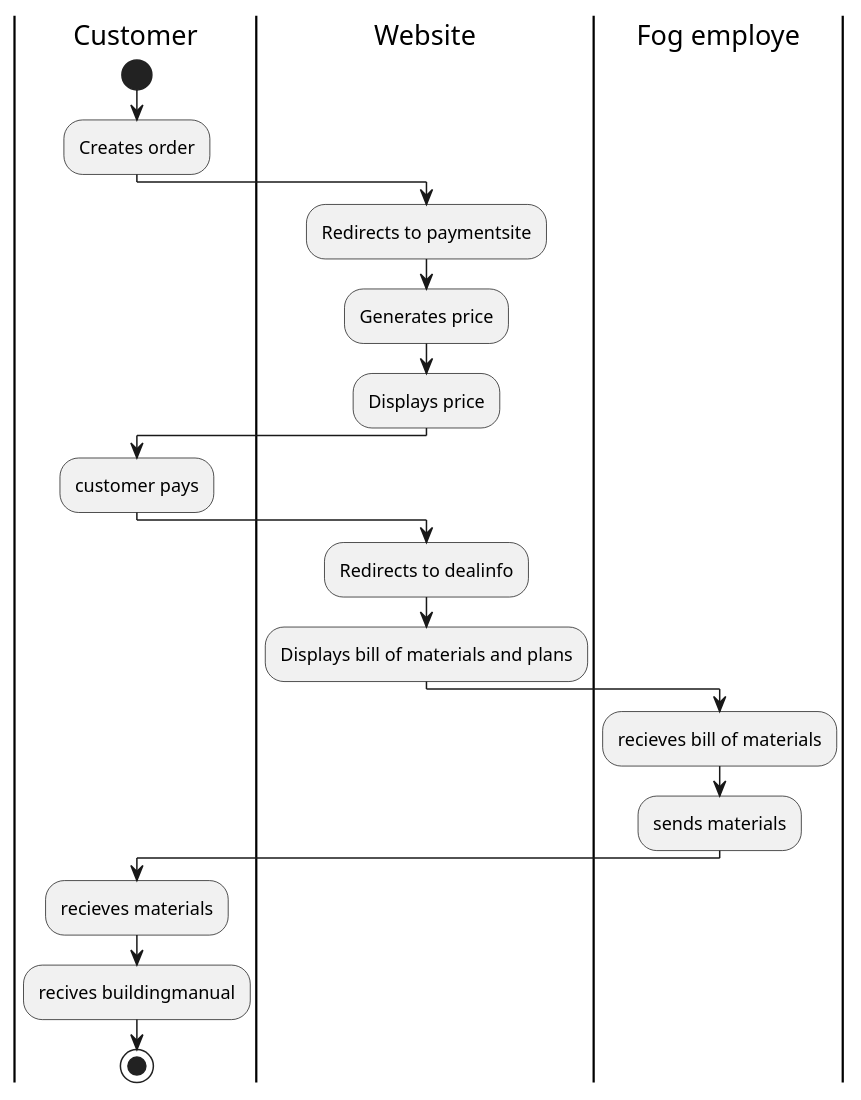
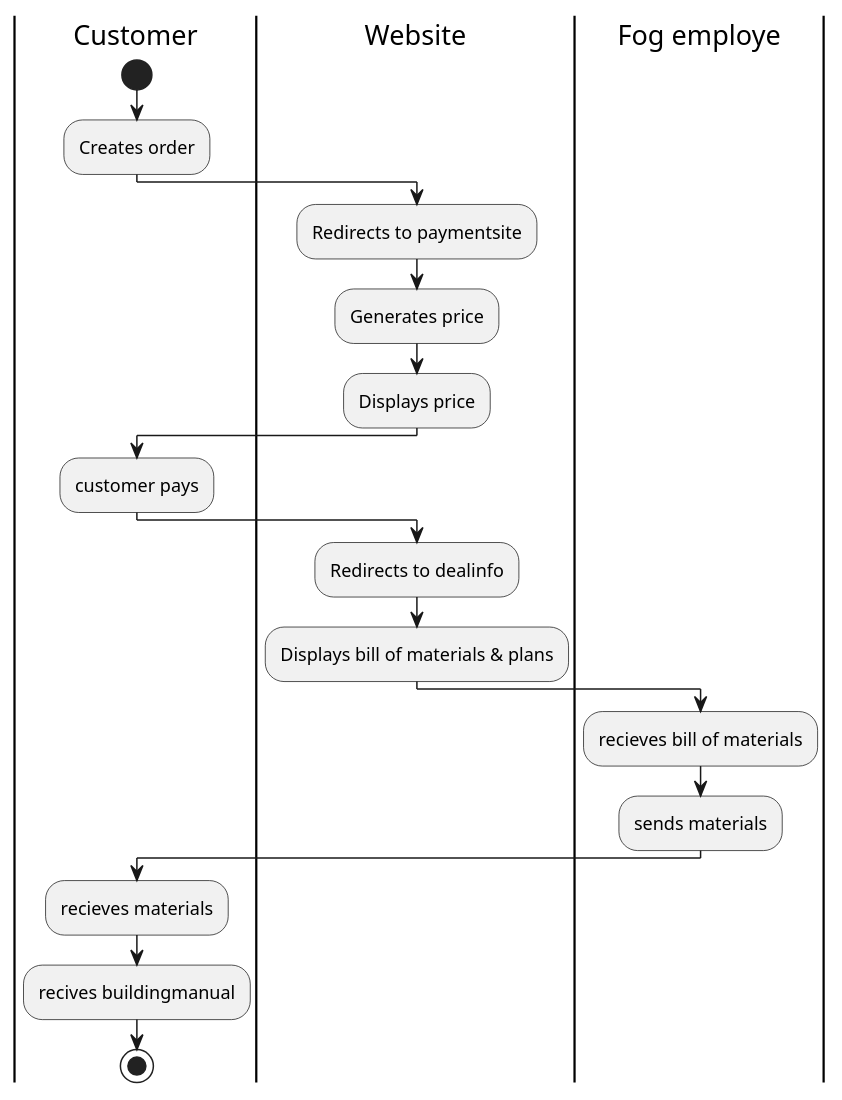
The diagram in src/main/resources/ActivityDiagramToBe.puml (EmmsDK/Fog-projekt), drawn with PlantUML before and after one commit. The commit also changed 2 other files, not shown here.

Commit message:
activitydiagram

```diff
--- a/src/main/resources/ActivityDiagramToBe.puml
+++ b/src/main/resources/ActivityDiagramToBe.puml
@@ -1,23 +1,23 @@
 @startuml
 |Customer|
 start
 :Creates order;
 |Website|
 :Redirects to paymentsite;
 :Generates price;
 :Displays price;
 |Customer|
 :customer pays;
 |Website|
 :Redirects to dealinfo;
-:Displays bill of materials and plans;
+:Displays bill of materials & plans;
 |Fog employe|
 :recieves bill of materials;
 :sends materials;
 |Customer|
 :recieves materials;
 :recives buildingmanual;
 
 
 stop
 @enduml
```
